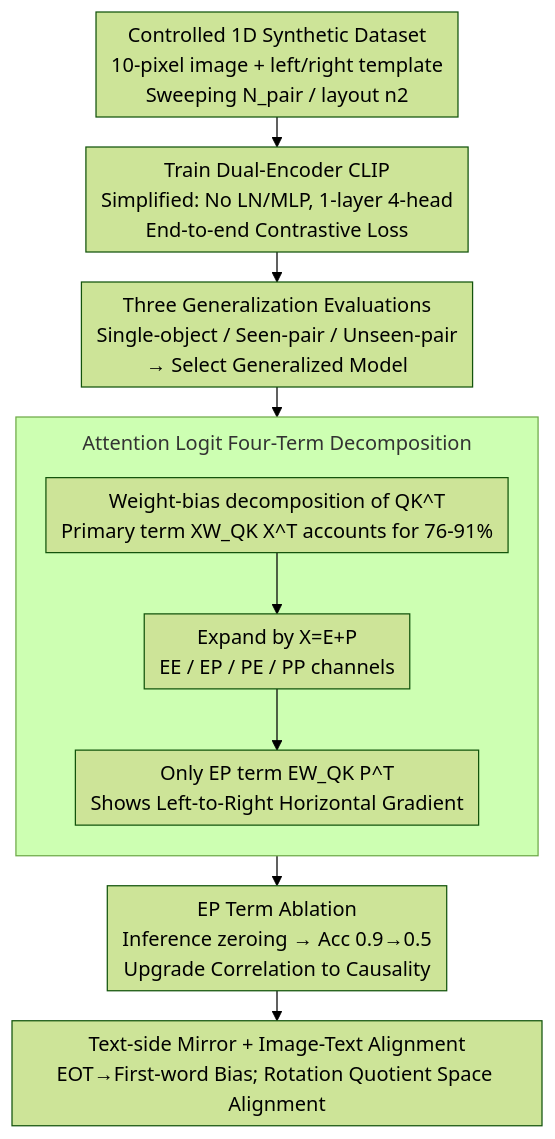
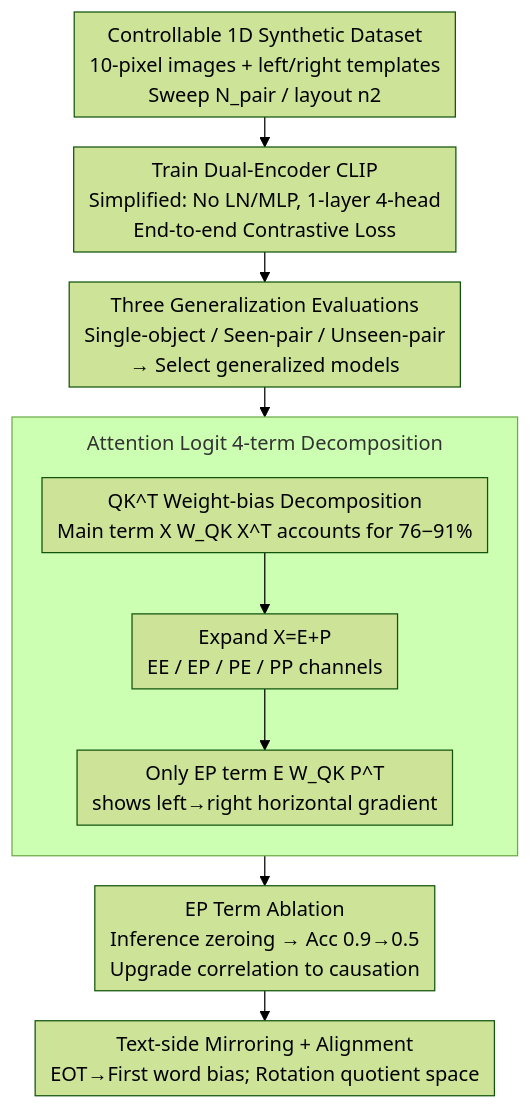
The diagram in docs/ICML2026/multimodal_vlm/left-right_symmetry_breaking_in_clip-style_vision-language_models_trained_on_syn.md (zhaoyang97/Paper-Notes-en), drawn with Mermaid (forest theme) before and after one commit. The commit also changed other lines of this file and 5084 other files, not shown here.

````diff
--- a/docs/ICML2026/multimodal_vlm/left-right_symmetry_breaking_in_clip-style_vision-language_models_trained_on_syn.md
+++ b/docs/ICML2026/multimodal_vlm/left-right_symmetry_breaking_in_clip-style_vision-language_models_trained_on_syn.md
@@ -48,14 +48,14 @@
 ```mermaid
 %%{init: {'flowchart': {'rankSpacing': 24, 'nodeSpacing': 28, 'padding': 6, 'wrappingWidth': 400, 'subGraphTitleMargin': {'top': 8, 'bottom': 16}}}}%%
 flowchart TD
-    A["Controlled 1D Synthetic Dataset<br/>10-pixel image + left/right template<br/>Sweeping N_pair / layout n2"] --> B["Train Dual-Encoder CLIP<br/>Simplified: No LN/MLP, 1-layer 4-head<br/>End-to-end Contrastive Loss"]
-    B --> C["Three Generalization Evaluations<br/>Single-object / Seen-pair / Unseen-pair<br/>→ Select Generalized Model"]
+    A["Controllable 1D Synthetic Dataset<br/>10-pixel images + left/right templates<br/>Sweep N_pair / layout n2"] --> B["Train Dual-Encoder CLIP<br/>Simplified: No LN/MLP, 1-layer 4-head<br/>End-to-end Contrastive Loss"]
+    B --> C["Three Generalization Evaluations<br/>Single-object / Seen-pair / Unseen-pair<br/>→ Select generalized models"]
     C --> D
-    subgraph D["Attention Logit Four-Term Decomposition"]
+    subgraph D["Attention Logit 4-term Decomposition"]
         direction TB
-        D1["Weight-bias decomposition of QK^T<br/>Primary term XW_QK X^T accounts for 76-91%"] --> D2["Expand by X=E+P<br/>EE / EP / PE / PP channels"]
-        D2 --> D3["Only EP term EW_QK P^T<br/>Shows Left-to-Right Horizontal Gradient"]
+        D1["QK^T Weight-bias Decomposition<br/>Main term X W_QK X^T accounts for 76−91%"] --> D2["Expand X=E+P<br/>EE / EP / PE / PP channels"]
+        D2 --> D3["Only EP term E W_QK P^T<br/>shows left→right horizontal gradient"]
     end
-    D --> E["EP Term Ablation<br/>Inference zeroing → Acc 0.9→0.5<br/>Upgrade Correlation to Causality"]
-    E --> F["Text-side Mirror + Image-Text Alignment<br/>EOT→First-word Bias; Rotation Quotient Space Alignment"]
+    D --> E["EP Term Ablation<br/>Inference zeroing → Acc 0.9→0.5<br/>Upgrade correlation to causation"]
+    E --> F["Text-side Mirroring + Alignment<br/>EOT→First word bias; Rotation quotient space"]
 ```
````
